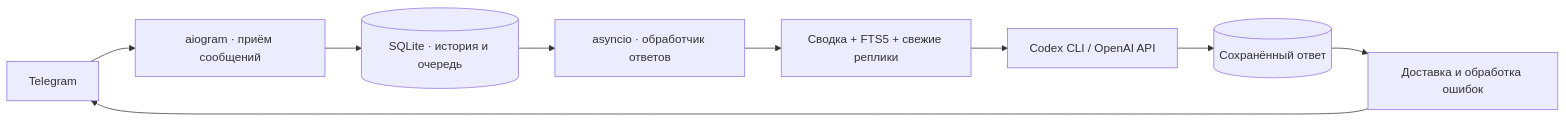
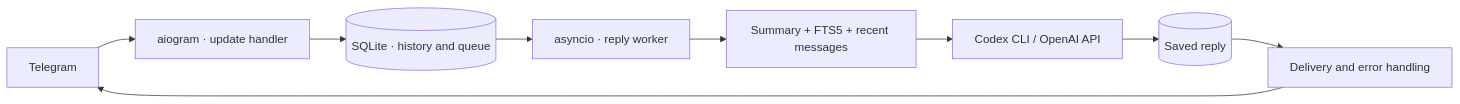
One commit to v1pp1/vibecoder-telegram changed the diagram in README.md. Above: the diagram before and after it, drawn with Mermaid. The commit also changed other lines of this file and 3 other files, not shown here.

````diff
--- a/README.md
+++ b/README.md
@@ -30,11 +32,11 @@
 ```mermaid
 flowchart LR
-    TG[Telegram] --> A[aiogram · приём сообщений]
-    A --> DB[(SQLite · история и очередь)]
-    DB --> W[asyncio · обработчик ответов]
-    W --> F[Сводка + FTS5 + свежие реплики]
+    TG[Telegram] --> A[aiogram · update handler]
+    A --> DB[(SQLite · history and queue)]
+    DB --> W[asyncio · reply worker]
+    W --> F[Summary + FTS5 + recent messages]
     F --> C[Codex CLI / OpenAI API]
-    C --> O[(Сохранённый ответ)]
-    O --> D[Доставка и обработка ошибок]
+    C --> O[(Saved reply)]
+    O --> D[Delivery and error handling]
     D --> TG
 ```
````
